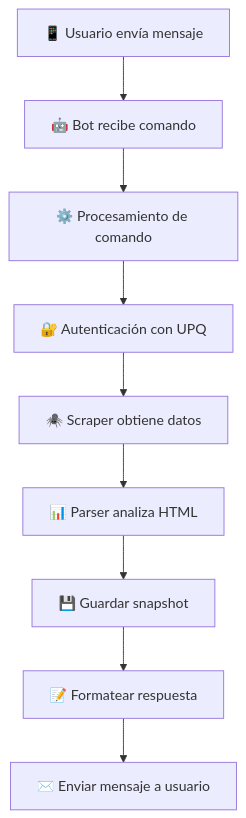
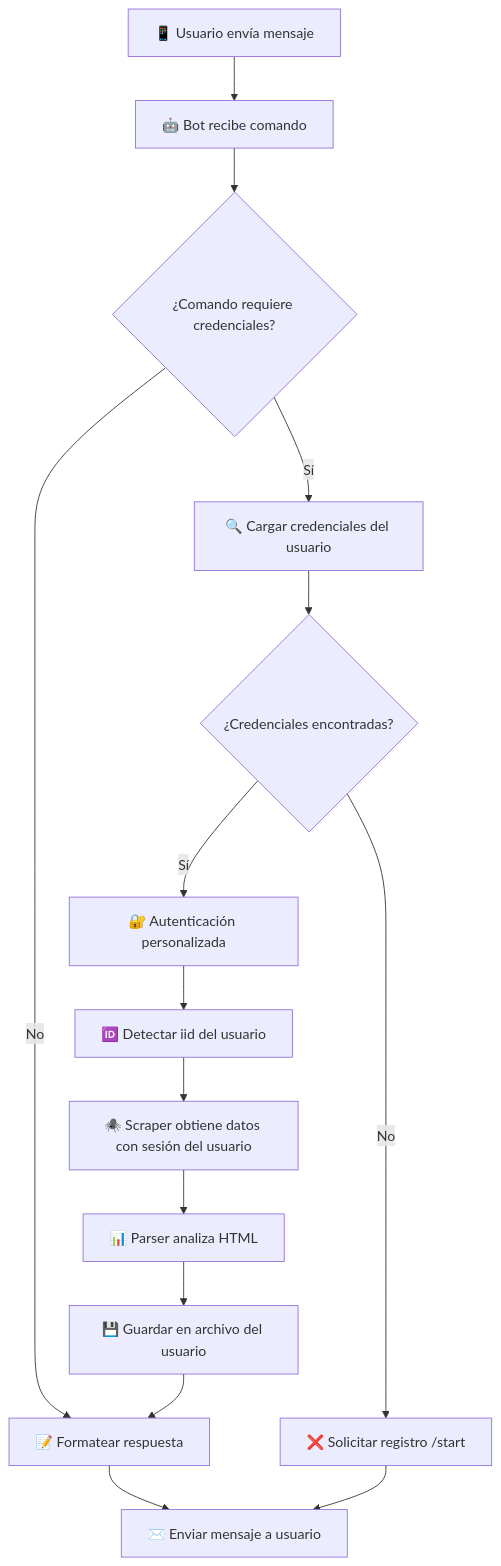
One commit to EmilianoLedesma/Web_Scrapping_UPQ changed the diagram in bot/README.md. Above: the diagram before and after it, drawn with Mermaid. The commit also changed other lines of this file and 5 other files, not shown here.

Commit message:
feat: implementar soporte multi-usuario con almacenamiento de credenciales y datos separados

````diff
--- a/bot/README.md
+++ b/bot/README.md
@@ -196,11 +326,17 @@
 ```mermaid
 graph TB
     A[📱 Usuario envía mensaje] --> B[🤖 Bot recibe comando]
-    B --> C[⚙️ Procesamiento de comando]
-    C --> D[🔐 Autenticación con UPQ]
-    D --> E[🕷️ Scraper obtiene datos]
-    E --> F[📊 Parser analiza HTML]
-    F --> G[💾 Guardar snapshot]
-    G --> H[📝 Formatear respuesta]
-    H --> I[✉️ Enviar mensaje a usuario]
+    B --> C{¿Comando requiere credenciales?}
+    C -->|No| H[📝 Formatear respuesta]
+    C -->|Sí| D[🔍 Cargar credenciales del usuario]
+    D --> E{¿Credenciales encontradas?}
+    E -->|No| F[❌ Solicitar registro /start]
+    E -->|Sí| G[🔐 Autenticación personalizada]
+    G --> I[🆔 Detectar iid del usuario]
+    I --> J[🕷️ Scraper obtiene datos con sesión del usuario]
+    J --> K[📊 Parser analiza HTML]
+    K --> L[💾 Guardar en archivo del usuario]
+    L --> H
+    H --> M[✉️ Enviar mensaje a usuario]
+    F --> M
 ```
````
